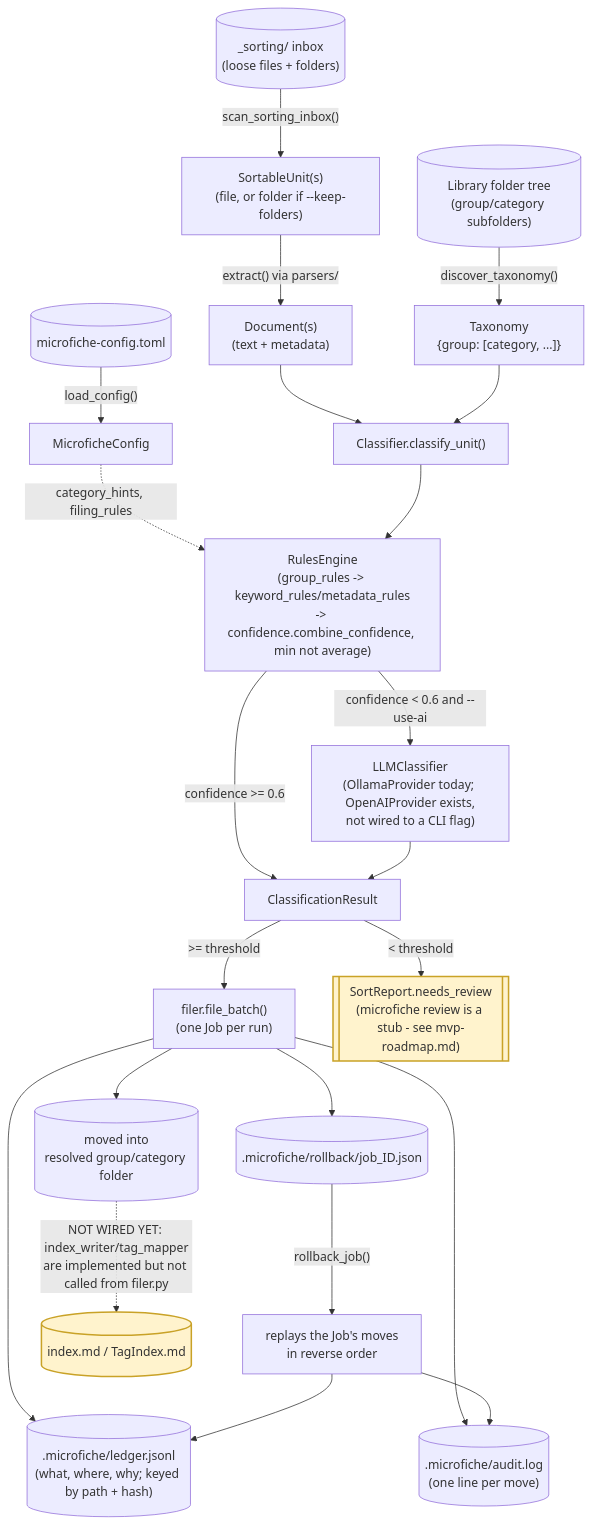
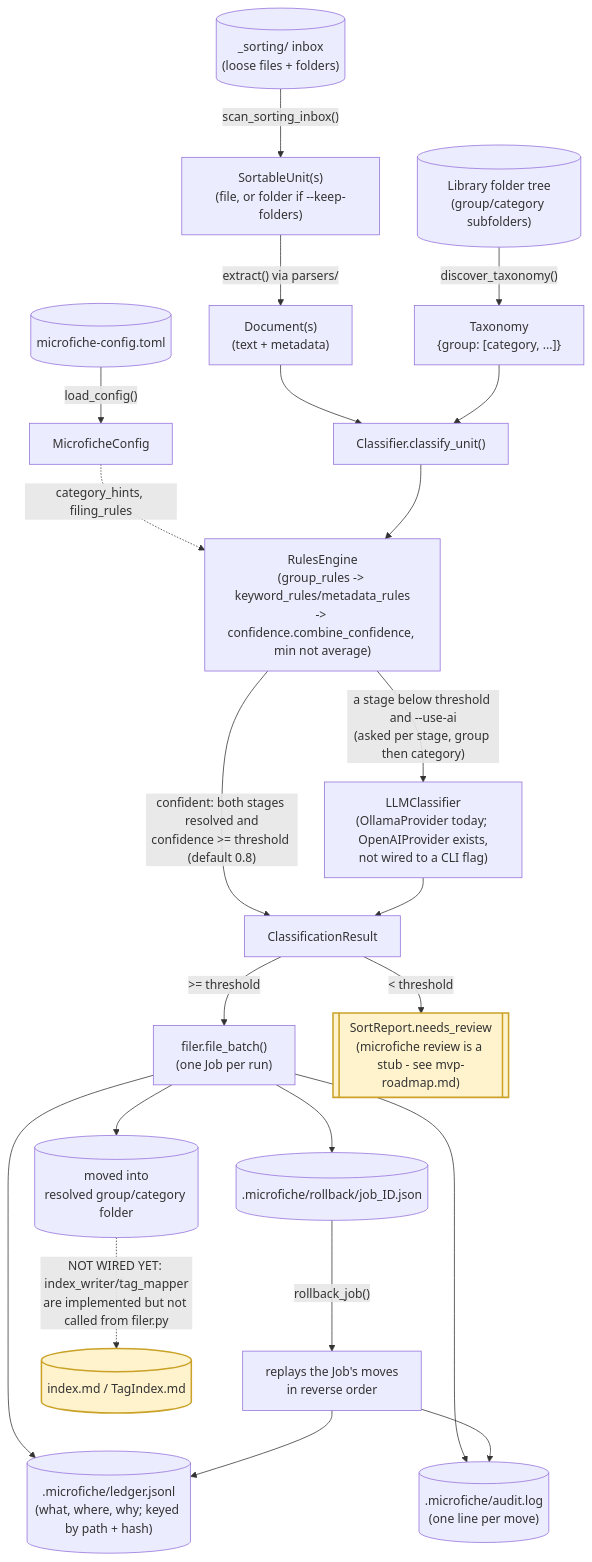
One commit to richard-gledhill/microfiche changed the second of 2 diagrams in docs/development/module-diagram.md. Above: the diagram before and after it, drawn with Mermaid. The commit also changed other lines of this file and 8 other files, not shown here.

First line of the commit message:
docs: document the classifier seam, the confidence threshold, and add a CONTEXT.md glossary

````diff
--- a/docs/development/module-diagram.md
+++ b/docs/development/module-diagram.md
@@ -211,35 +213,35 @@
 ```mermaid
 flowchart TD
     LibraryTree[("Library folder tree\n(group/category subfolders)")]
     SortingInbox[("_sorting/ inbox\n(loose files + folders)")]
     ConfigFile[("microfiche-config.toml")]
 
     LibraryTree -->|"discover_taxonomy()"| Taxonomy["Taxonomy\n{group: [category, ...]}"]
     ConfigFile -->|"load_config()"| Config["MicroficheConfig"]
     SortingInbox -->|"scan_sorting_inbox()"| Units["SortableUnit(s)\n(file, or folder if --keep-folders)"]
     Units -->|"extract() via parsers/"| Documents["Document(s)\n(text + metadata)"]
 
     Documents --> ClassifyUnit["Classifier.classify_unit()"]
     Taxonomy --> ClassifyUnit
     Config -.->|"category_hints, filing_rules"| RulesEngine
     ClassifyUnit --> RulesEngine["RulesEngine\n(group_rules -> keyword_rules/metadata_rules\n-> confidence.combine_confidence, min not average)"]
-    RulesEngine -->|"confidence >= 0.6"| Result["ClassificationResult"]
-    RulesEngine -->|"confidence < 0.6 and --use-ai"| LLM["LLMClassifier\n(OllamaProvider today; OpenAIProvider exists,\nnot wired to a CLI flag)"]
+    RulesEngine -->|"confident: both stages resolved and\nconfidence >= threshold (default 0.8)"| Result["ClassificationResult"]
+    RulesEngine -->|"a stage below threshold and --use-ai\n(asked per stage, group then category)"| LLM["LLMClassifier\n(OllamaProvider today; OpenAIProvider exists,\nnot wired to a CLI flag)"]
     LLM --> Result
 
     Result -->|">= threshold"| FileUnit["filer.file_batch()\n(one Job per run)"]
     Result -->|"< threshold"| NeedsReview[["SortReport.needs_review\n(microfiche review is a stub - see mvp-roadmap.md)"]]
 
     FileUnit --> FiledDoc[("moved into\nresolved group/category folder")]
     FileUnit --> Ledger[(".microfiche/ledger.jsonl\n(what, where, why; keyed by path + hash)")]
     FileUnit --> AuditLog[(".microfiche/audit.log\n(one line per move)")]
     FileUnit --> JobFile[(".microfiche/rollback/job_ID.json")]
     JobFile -->|"rollback_job()"| Rollback["replays the Job's moves\nin reverse order"]
     Rollback --> Ledger
     Rollback --> AuditLog
 
     FiledDoc -.->|"NOT WIRED YET: index_writer/tag_mapper\nare implemented but not called from filer.py"| ObsidianOut[("index.md / TagIndex.md")]
 
     classDef gap fill:#fff3cd,stroke:#c9a227,stroke-width:2px
     class NeedsReview,ObsidianOut gap
 ```
````
